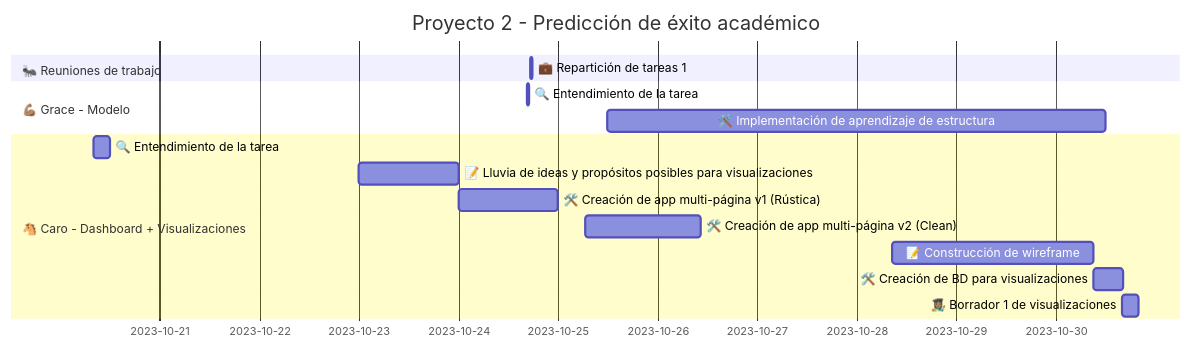
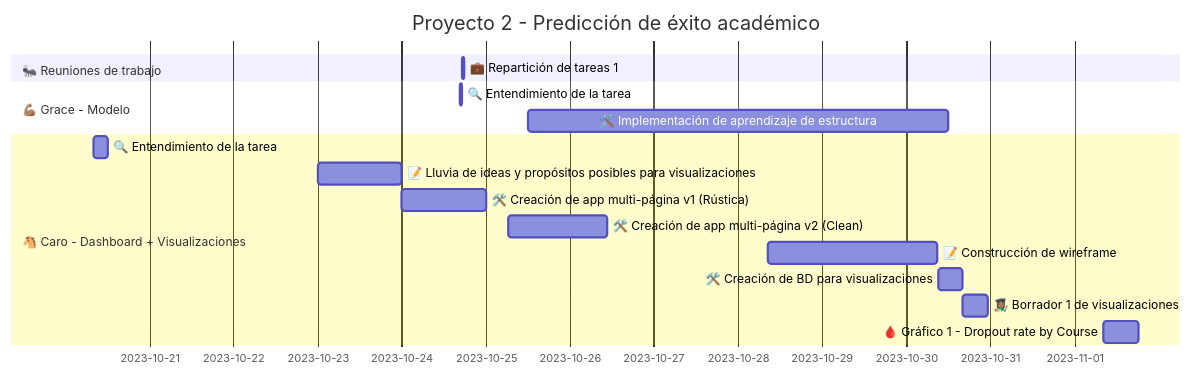
One commit to zcrodriguez/AC_IPP_P2 changed the diagram in README.md. Above: the diagram before and after it, drawn with Mermaid.

Commit message:
Actualización de README.md con avances de proyecto

````diff
--- a/README.md
+++ b/README.md
@@ -5,18 +5,19 @@
 ```mermaid
 gantt
     title Proyecto 2 - Predicción de éxito académico
     dateFormat  YYYY-MM-DD
     section 🐜 Reuniones de trabajo
     💼 Repartición de tareas 1:2023-10-24 17:21,30m
     section 💪🏽 Grace - Modelo
     🔍 Entendimiento de la tarea:2023-10-24 16:30,40m
     🛠️ Implementación de aprendizaje de estructura: 2023-10-25 12:00, 5d
     section 🐴 Caro - Dashboard + Visualizaciones
     🔍 Entendimiento de la tarea:2023-10-20 8:00,4h
     📝 Lluvia de ideas y propósitos posibles para visualizaciones:2023-10-23,1d
     🛠️ Creación de app multi-página v1 (Rústica):2023-10-24,1d
     🛠️ Creación de app multi-página v2 (Clean):2023-10-25 6:30, 28h
     📝 Construcción de wireframe:2023-10-28 8:30, 48.5h
     🛠️ Creación de BD para visualizaciones:2023-10-30 9:10, 7h
-    👩🏽‍🎨 Borrador 1 de visualizaciones:2023-10-30 16:00, 4h
+    👩🏽‍🎨 Borrador 1 de visualizaciones:2023-10-30 16:10, 7h
+    🩸 Gráfico 1 - Dropout rate by Course:2023-11-1 8:20, 10h
 ```
````
